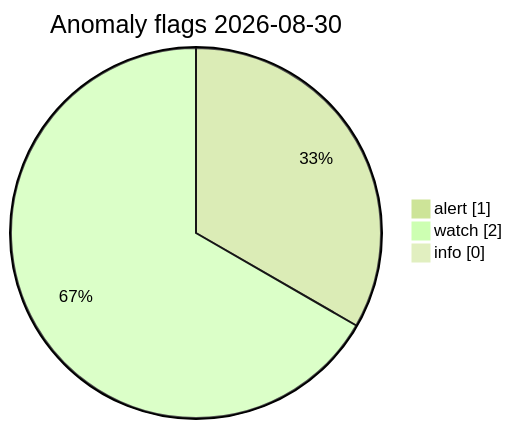
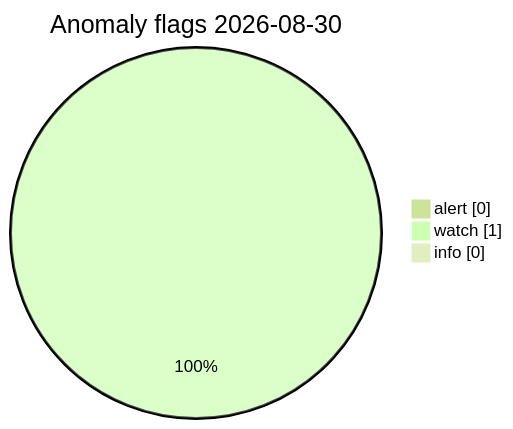
The diagram in visuals/2026-08-30/CHARTS.md (Midwest-Stratospheric/Unified-Open-Global-Weather), drawn with Mermaid (forest theme) before and after one commit. The commit also changed other lines of this file and 13 other files, not shown here.

Commit message:
data(visuals): automated charts 2026-08-30T09:34Z

````diff
--- a/visuals/2026-08-30/CHARTS.md
+++ b/visuals/2026-08-30/CHARTS.md
@@ -73,7 +73,7 @@
 ```mermaid
 pie showData
   title Anomaly flags 2026-08-30
-  "alert" : 1
-  "watch" : 2
+  "alert" : 0
+  "watch" : 1
   "info" : 0
 ```
````
